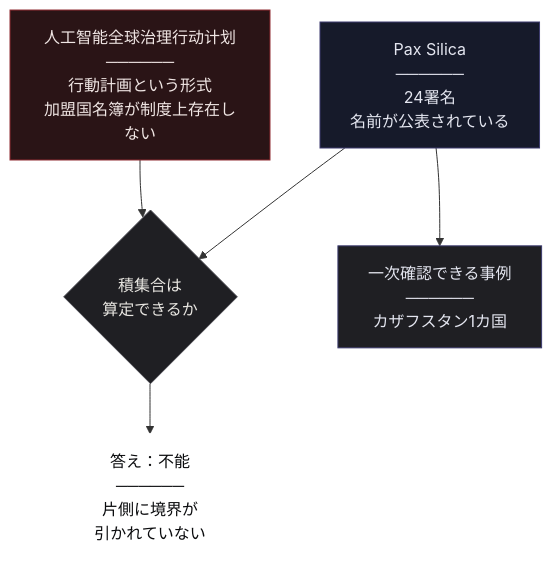
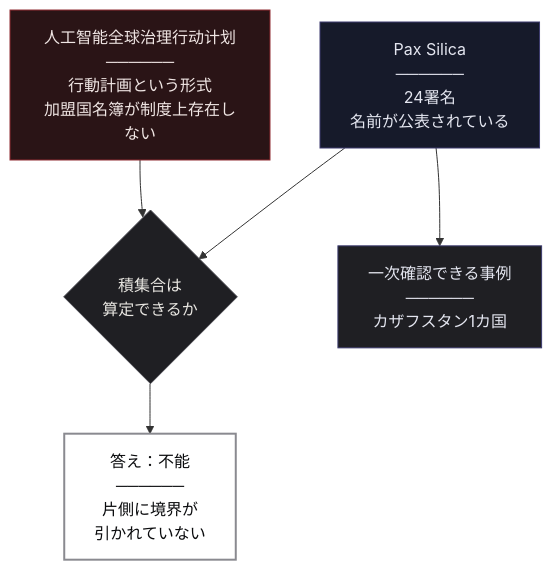
One commit to Leading-AI-IO/us-china-ai-competition changed the fifth of 6 diagrams in docs/jp/us-china-ai-competition_JP.md. Above: the diagram before and after it, drawn with Mermaid. The commit also changed other lines of this file, not shown here.

````diff
--- a/docs/jp/us-china-ai-competition_JP.md
+++ b/docs/jp/us-china-ai-competition_JP.md
@@ -834,13 +834,13 @@
 ```mermaid
 graph TD
     A["Pax Silica<br/>──────<br/>24署名<br/>名前が公表されている"] --> C{"積集合は<br/>算定できるか"}
     B["人工智能全球治理行动计划<br/>──────<br/>行動計画という形式<br/>加盟国名簿が制度上存在しない"] --> C
     C --> D["答え：不能<br/>──────<br/>片側に境界が<br/>引かれていない"]
     A --> E["一次確認できる事例<br/>──────<br/>カザフスタン1カ国"]
 
     style A fill:#161A2A,stroke:#3C3B6E,color:#E4E6F0
     style B fill:#2A1416,stroke:#8F2D33,color:#F0E6E4
     style C fill:#1F1F23,stroke:#4A4A52,color:#E8E6E1
-    style D fill:#FFFFFF,stroke:#FFFFFF,color:#0A0B0D
+    style D fill:#FFFFFF,stroke:#8A8A90,stroke-width:2px,color:#0A0B0D
     style E fill:#1F1F23,stroke:#3C3B6E,color:#E4E6F0
 ```
````
